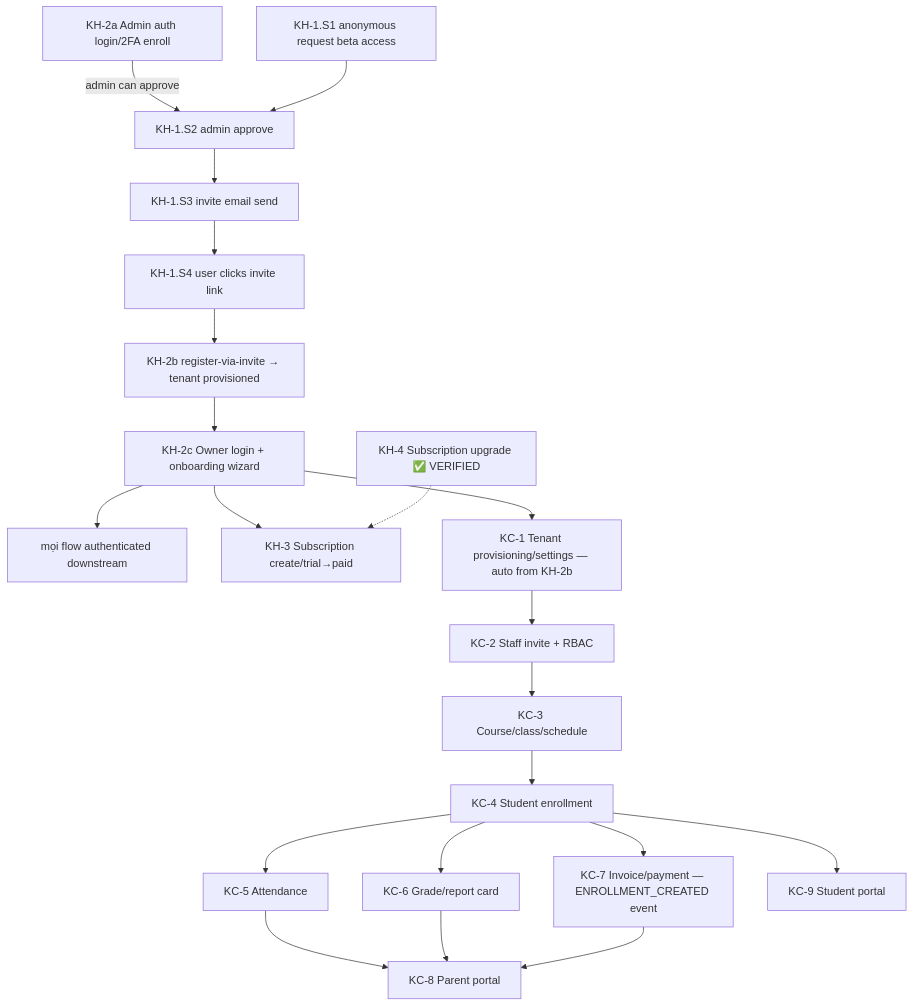
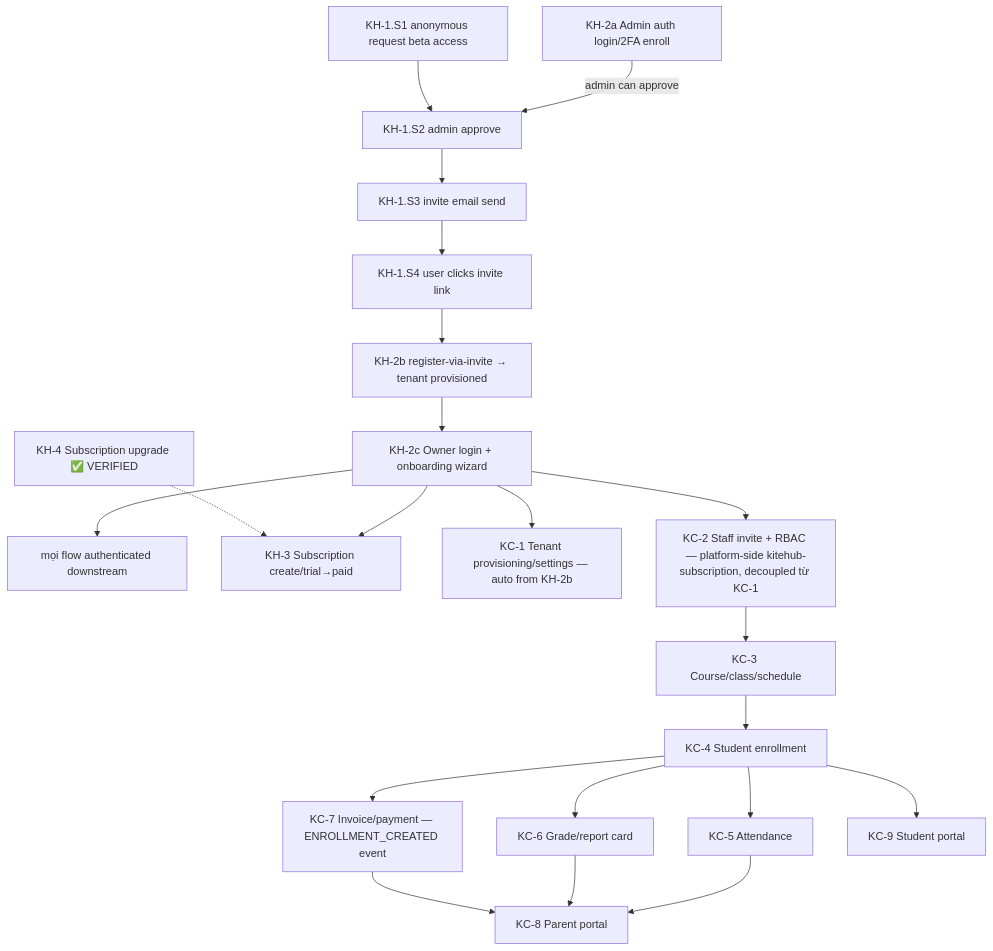
The diagram in documents/03-planning/roadmap/flow-verification-campaign.md (VictorAurelius/2026-Kite-Class-Platform), drawn with Mermaid before and after one commit. The commit also changed other lines of this file and 1 other file, not shown here.

First line of the commit message:
plan(wave-flow-kc2): KC-2 staff-invitation + RBAC walk plan stub (#2170)

````diff
--- a/documents/03-planning/roadmap/flow-verification-campaign.md
+++ b/documents/03-planning/roadmap/flow-verification-campaign.md
@@ -56,23 +56,23 @@
 ```mermaid
 flowchart TD
     KH2a[KH-2a Admin auth login/2FA enroll] -->|admin can approve| KH1S2[KH-1.S2 admin approve]
     KH1S1[KH-1.S1 anonymous request beta access] --> KH1S2
     KH1S2 --> KH1S3[KH-1.S3 invite email send]
     KH1S3 --> KH1S4[KH-1.S4 user clicks invite link]
     KH1S4 --> KH2b[KH-2b register-via-invite → tenant provisioned]
     KH2b --> KH2c[KH-2c Owner login + onboarding wizard]
     KH2c --> ALL[mọi flow authenticated downstream]
     KH2c --> KH3[KH-3 Subscription create/trial→paid]
     KH2c --> KC1[KC-1 Tenant provisioning/settings — auto from KH-2b]
-    KC1 --> KC2[KC-2 Staff invite + RBAC]
+    KH2c --> KC2[KC-2 Staff invite + RBAC — platform-side kitehub-subscription, decoupled từ KC-1]
     KC2 --> KC3[KC-3 Course/class/schedule]
     KC3 --> KC4[KC-4 Student enrollment]
     KC4 --> KC5[KC-5 Attendance]
     KC4 --> KC6[KC-6 Grade/report card]
     KC4 --> KC7[KC-7 Invoice/payment — ENROLLMENT_CREATED event]
     KC5 --> KC8[KC-8 Parent portal]
     KC6 --> KC8
     KC7 --> KC8
     KC4 --> KC9[KC-9 Student portal]
     KH4[KH-4 Subscription upgrade ✅ VERIFIED] -.-> KH3
 ```
````
